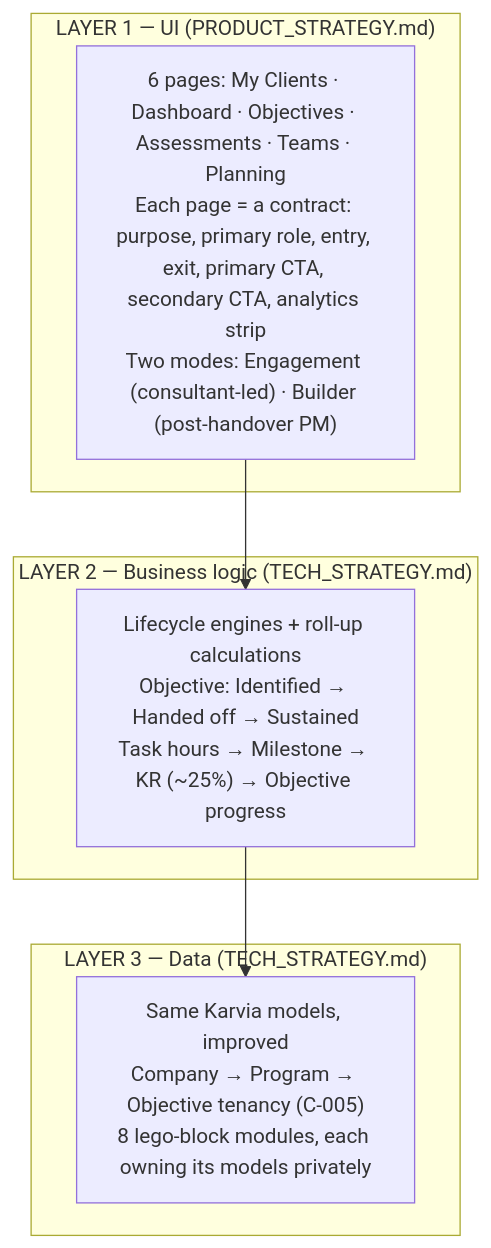
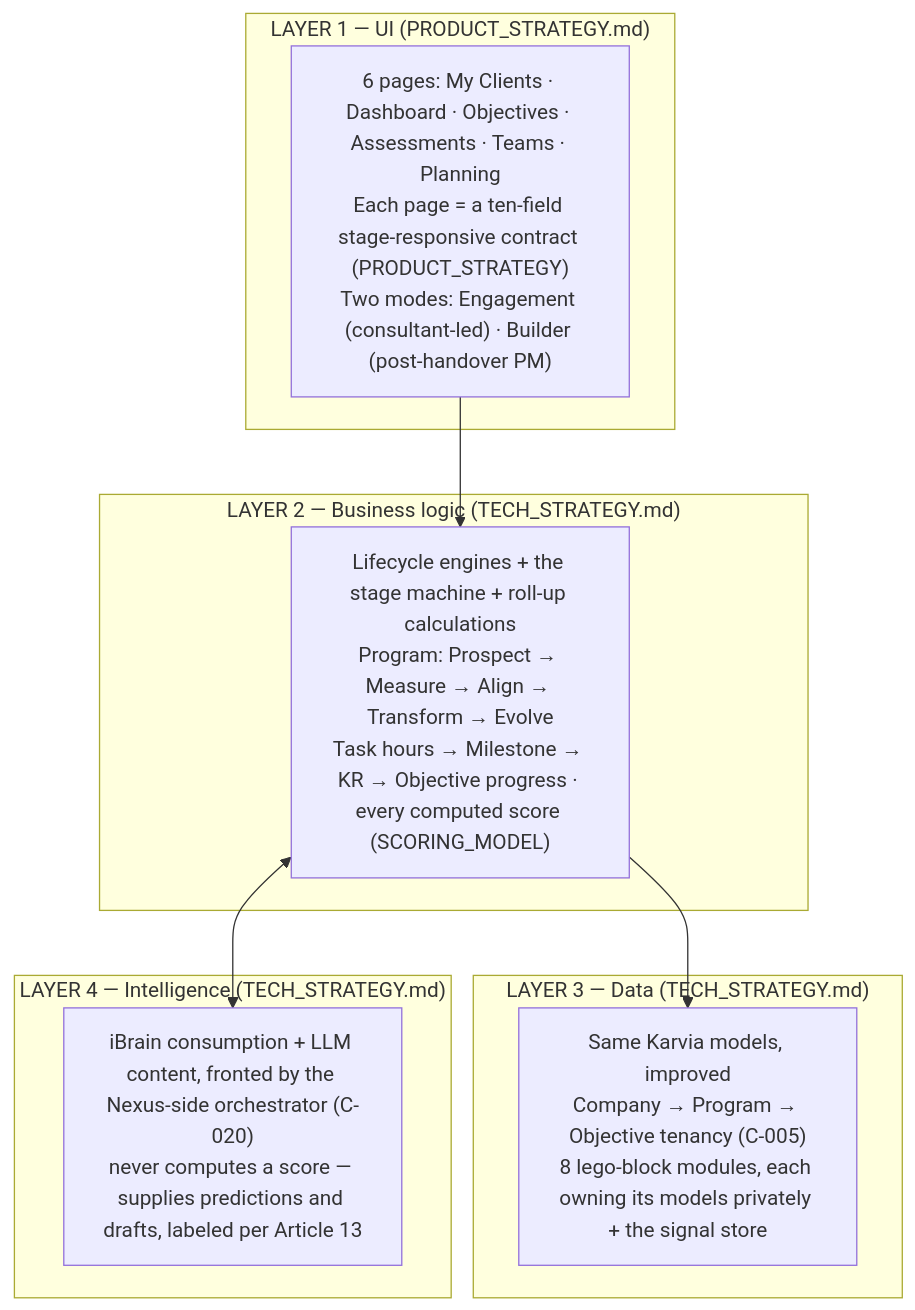
One commit to bramhilabs-us/nexus changed the second of 2 diagrams in NEXUS_STRATEGY/00_NORTH_STAR.md. Above: the diagram before and after it, drawn with Mermaid. The commit also changed other lines of this file and 29 other files, not shown here.

First line of the commit message:
session-23: SCORING_MODEL + Layer 4/C-020 (N1-P3-06) + C-018/C-019 ratified + first reflection audit + fix-pass + folder READMEs + C-021

````diff
--- a/NEXUS_STRATEGY/00_NORTH_STAR.md
+++ b/NEXUS_STRATEGY/00_NORTH_STAR.md
@@ -102,13 +109,17 @@
 ```mermaid
 graph TB
     subgraph L1["LAYER 1 — UI (PRODUCT_STRATEGY.md)"]
-        P["6 pages: My Clients · Dashboard · Objectives · Assessments · Teams · Planning<br/>Each page = a contract: purpose, primary role, entry, exit, primary CTA, secondary CTA, analytics strip<br/>Two modes: Engagement (consultant-led) · Builder (post-handover PM)"]
+        P["6 pages: My Clients · Dashboard · Objectives · Assessments · Teams · Planning<br/>Each page = a ten-field stage-responsive contract (PRODUCT_STRATEGY)<br/>Two modes: Engagement (consultant-led) · Builder (post-handover PM)"]
     end
     subgraph L2["LAYER 2 — Business logic (TECH_STRATEGY.md)"]
-        B["Lifecycle engines + roll-up calculations<br/>Objective: Identified → Handed off → Sustained<br/>Task hours → Milestone → KR (~25%) → Objective progress"]
+        B["Lifecycle engines + the stage machine + roll-up calculations<br/>Program: Prospect → Measure → Align → Transform → Evolve<br/>Task hours → Milestone → KR → Objective progress · every computed score (SCORING_MODEL)"]
     end
     subgraph L3["LAYER 3 — Data (TECH_STRATEGY.md)"]
-        D["Same Karvia models, improved<br/>Company → Program → Objective tenancy (C-005)<br/>8 lego-block modules, each owning its models privately"]
+        D["Same Karvia models, improved<br/>Company → Program → Objective tenancy (C-005)<br/>8 lego-block modules, each owning its models privately + the signal store"]
+    end
+    subgraph L4["LAYER 4 — Intelligence (TECH_STRATEGY.md)"]
+        I["iBrain consumption + LLM content, fronted by the Nexus-side orchestrator (C-020)<br/>never computes a score — supplies predictions and drafts, labeled per Article 13"]
     end
     P --> B --> D
+    B <--> I
 ```
````
